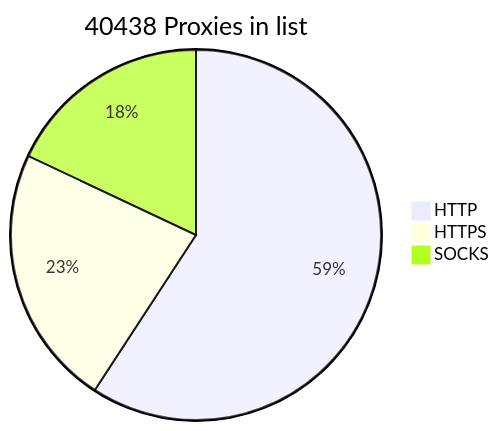
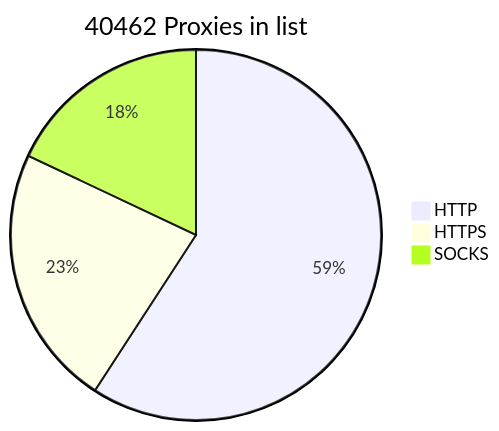
One commit to BlackSnowDot/proxylist-update-every-minute changed the diagram in README.md. Above: the diagram before and after it, drawn with Mermaid.

````diff
--- a/README.md
+++ b/README.md
@@ -2,6 +2,6 @@
 ```mermaid
-pie title 40438 Proxies in list
-    "HTTP" : 28211
-    "HTTPS": 10872
+pie title 40462 Proxies in list
+    "HTTP" : 28212
+    "HTTPS": 10895
     "SOCKS" : 8571
 ```
````
